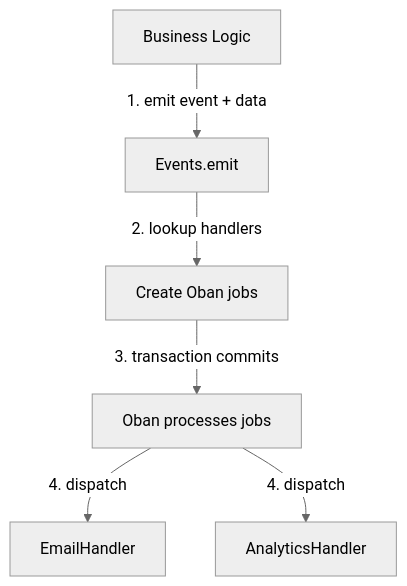
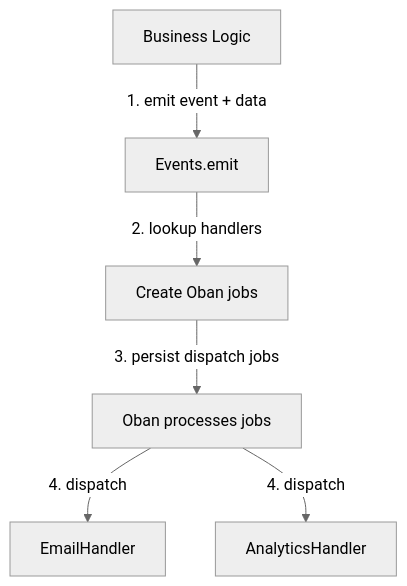
The diagram in README.md (allocator-one/oban-events), drawn with Mermaid (neutral theme) before and after one commit. The commit also changed other lines of this file, not shown here.

````diff
--- a/README.md
+++ b/README.md
@@ -109,8 +108,8 @@
 ```mermaid
 flowchart TD
     A[Business Logic] -->|1. emit event + data| B[Events.emit]
     B -->|2. lookup handlers| C[Create Oban jobs]
-    C -->|3. transaction commits| D[Oban processes jobs]
+    C -->|3. persist dispatch jobs| D[Oban processes jobs]
     D -->|4. dispatch| E[EmailHandler]
     D -->|4. dispatch| F[AnalyticsHandler]
 ```
````
